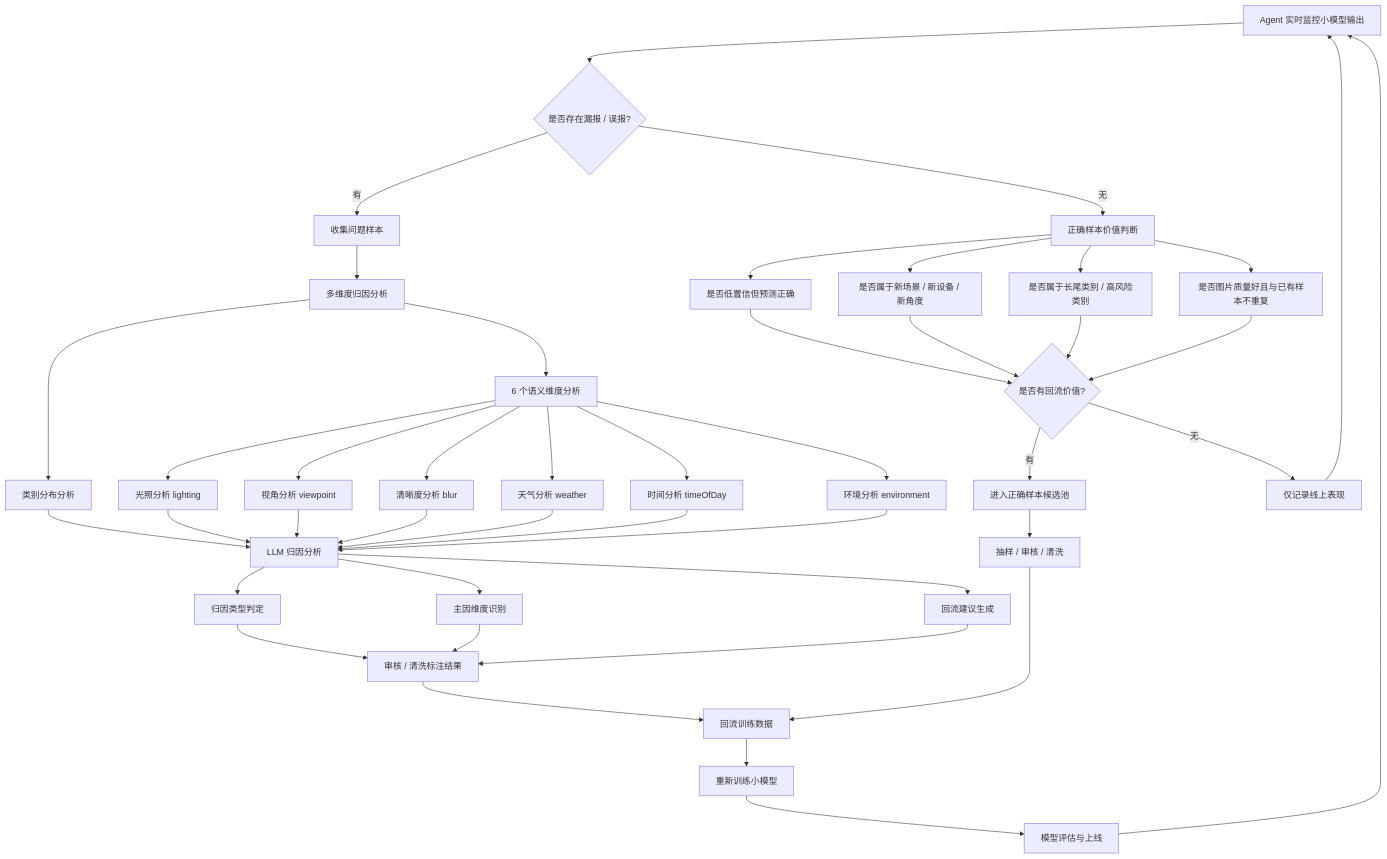
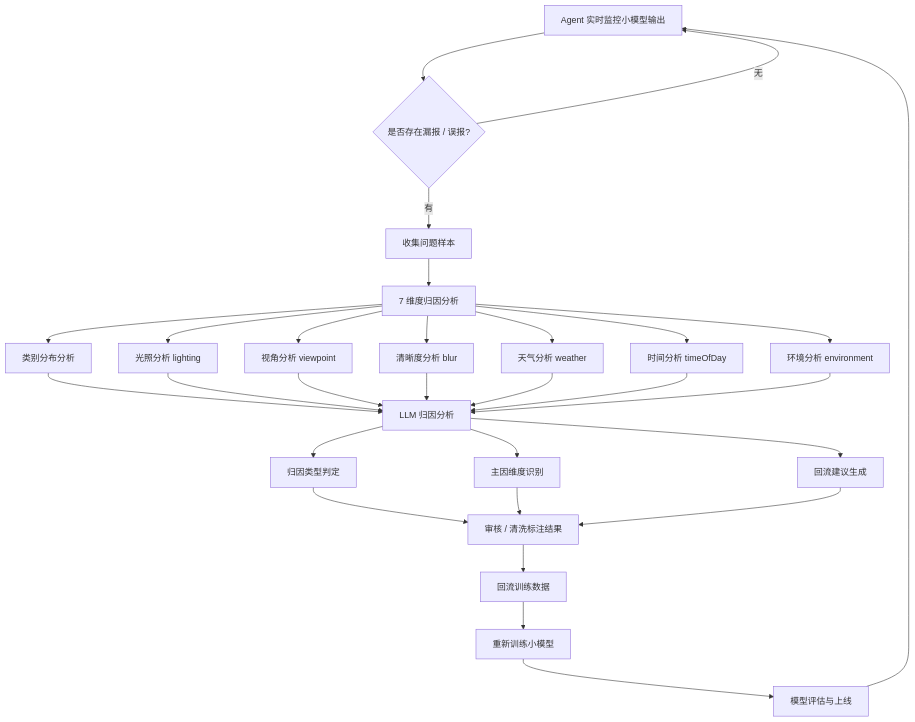
Before and after one commit to Stangerine/data-feedback-agent: the diagram in docx/agent_monitoring_feedback_flowchart.md, drawn with Mermaid. The commit also changed other lines of this file and 3 other files, not shown here.

````diff
--- a/docx/agent_monitoring_feedback_flowchart.md
+++ b/docx/agent_monitoring_feedback_flowchart.md
@@ -3,57 +3,37 @@
 ```mermaid
 flowchart TD
     A[Agent 实时监控小模型输出] --> B{是否存在漏报 / 误报?}
 
+    B -- 无 --> A
     B -- 有 --> C[收集问题样本]
-    C --> D[多维度归因分析]
+    C --> D[7 维度归因分析]
 
     D --> D1[类别分布分析]
-    D --> D2[6 个语义维度分析]
-
-    D2 --> D21[光照分析 lighting]
-    D2 --> D22[视角分析 viewpoint]
-    D2 --> D23[清晰度分析 blur]
-    D2 --> D24[天气分析 weather]
-    D2 --> D25[时间分析 timeOfDay]
-    D2 --> D26[环境分析 environment]
+    D --> D2[光照分析 lighting]
+    D --> D3[视角分析 viewpoint]
+    D --> D4[清晰度分析 blur]
+    D --> D5[天气分析 weather]
+    D --> D6[时间分析 timeOfDay]
+    D --> D7[环境分析 environment]
 
     D1 --> E[LLM 归因分析]
-    D21 --> E
-    D22 --> E
-    D23 --> E
-    D24 --> E
-    D25 --> E
-    D26 --> E
+    D2 --> E
+    D3 --> E
+    D4 --> E
+    D5 --> E
+    D6 --> E
+    D7 --> E
 
     E --> E1[归因类型判定]
     E --> E2[主因维度识别]
     E --> E3[回流建议生成]
 
     E1 --> F[审核 / 清洗标注结果]
     E2 --> F
     E3 --> F
 
     F --> G[回流训练数据]
     G --> H[重新训练小模型]
     H --> I[模型评估与上线]
     I --> A
-
-    B -- 无 --> J[正确样本价值判断]
-
-    J --> J1[是否低置信但预测正确]
-    J --> J2[是否属于新场景 / 新设备 / 新角度]
-    J --> J3[是否属于长尾类别 / 高风险类别]
-    J --> J4[是否图片质量好且与已有样本不重复]
-
-    J1 --> K{是否有回流价值?}
-    J2 --> K
-    J3 --> K
-    J4 --> K
-
-    K -- 有 --> L[进入正确样本候选池]
-    L --> M[抽样 / 审核 / 清洗]
-    M --> G
-
-    K -- 无 --> N[仅记录线上表现]
-    N --> A
 ```
````
